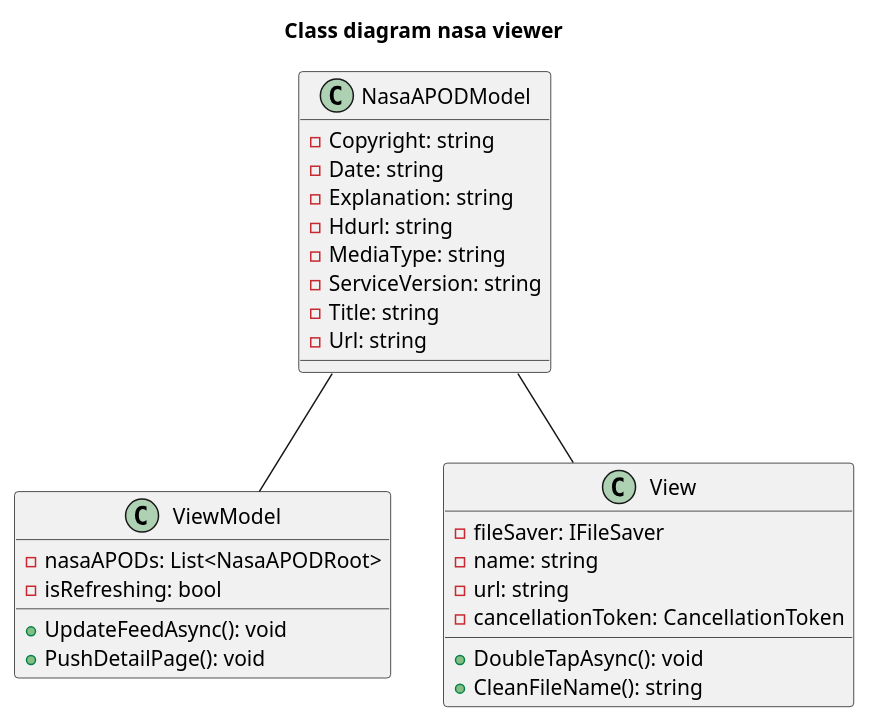
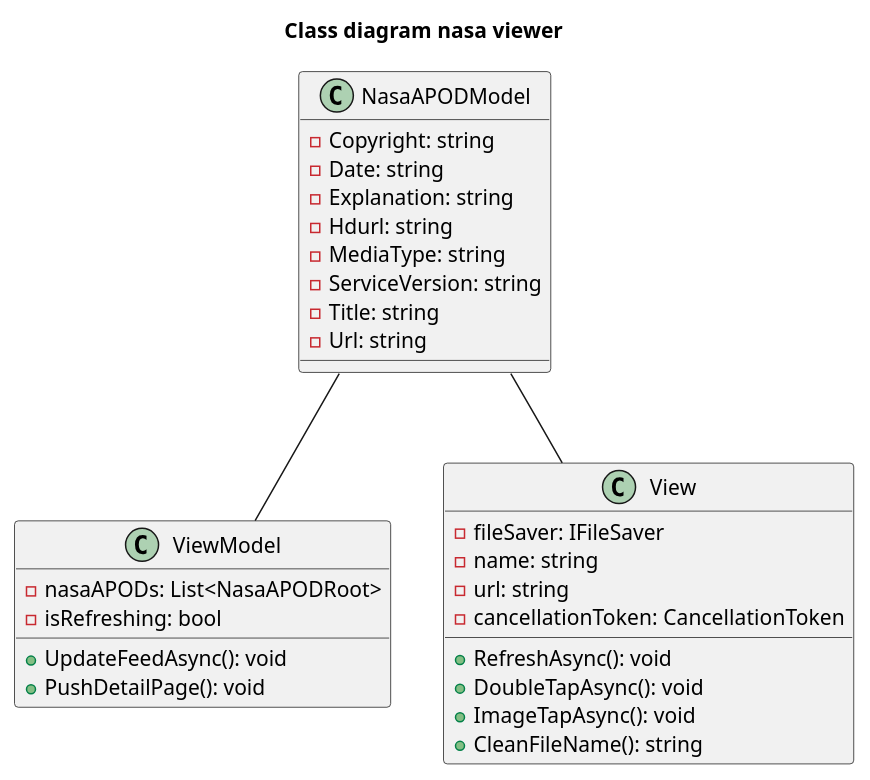
Before and after one commit to ccarl0/nasa_viewer: the diagram in UML/class diagram.plantuml, drawn with PlantUML. The commit also changed 1 other file, not shown here.

Commit message:
class diagram fixed, sequence diagram finished

```diff
--- a/UML/class diagram.plantuml
+++ b/UML/class diagram.plantuml
@@ -1,37 +1,43 @@
 @startuml
 
 Title: Class diagram nasa viewer
 
 class NasaAPODModel {
   - Copyright: string
   - Date: string
   - Explanation: string
   - Hdurl: string
   - MediaType: string
   - ServiceVersion: string
   - Title: string
   - Url: string
 }
 
 class ViewModel {
   - nasaAPODs: List<NasaAPODRoot>
   - isRefreshing: bool
   
   + UpdateFeedAsync(): void
   + PushDetailPage(): void
 }
 
 class View {
   - fileSaver: IFileSaver
   - name: string
   - url: string
   - cancellationToken: CancellationToken
   
+  'va a richiamare l'update
+  + RefreshAsync(): void
+  'scarica l'immagine
   + DoubleTapAsync(): void
+  'entra nella detail page
+  + ImageTapAsync(): void
+  'gestisce caratteri nello scaricamento
   + CleanFileName(): string
 }
 
 NasaAPODModel -- ViewModel
 NasaAPODModel -- View 
 
 @enduml
```
